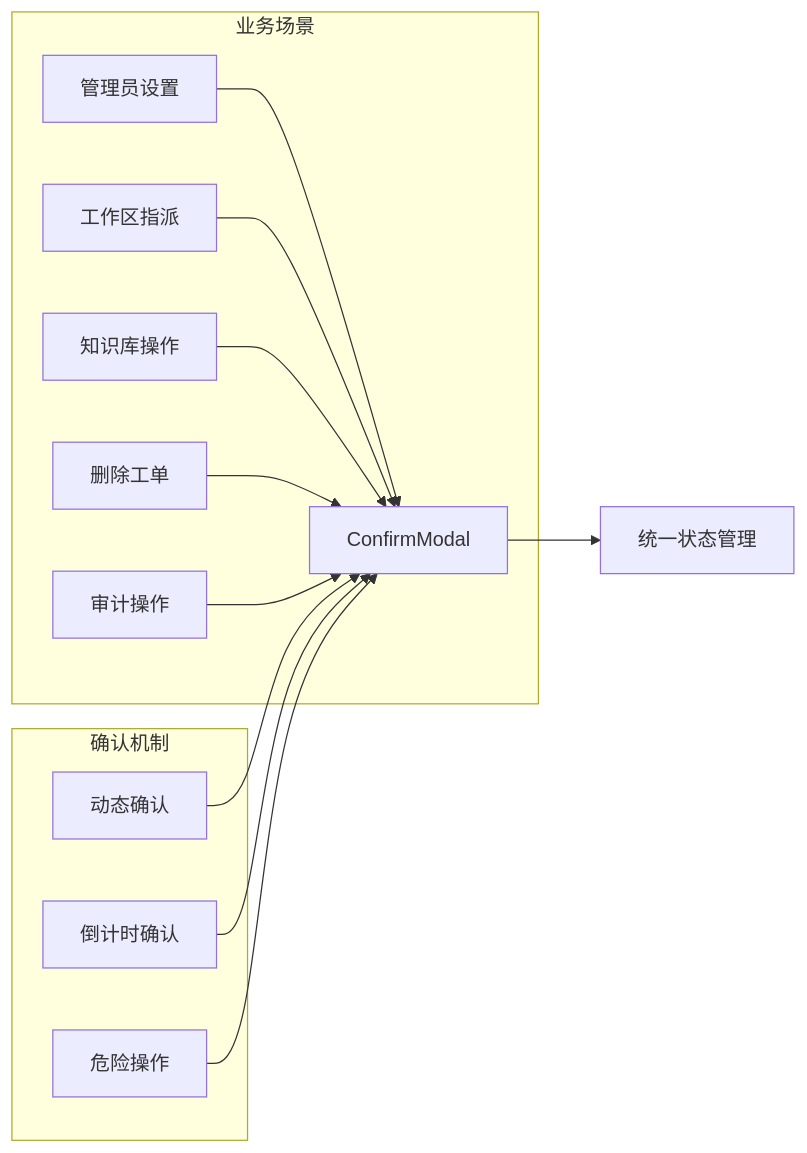
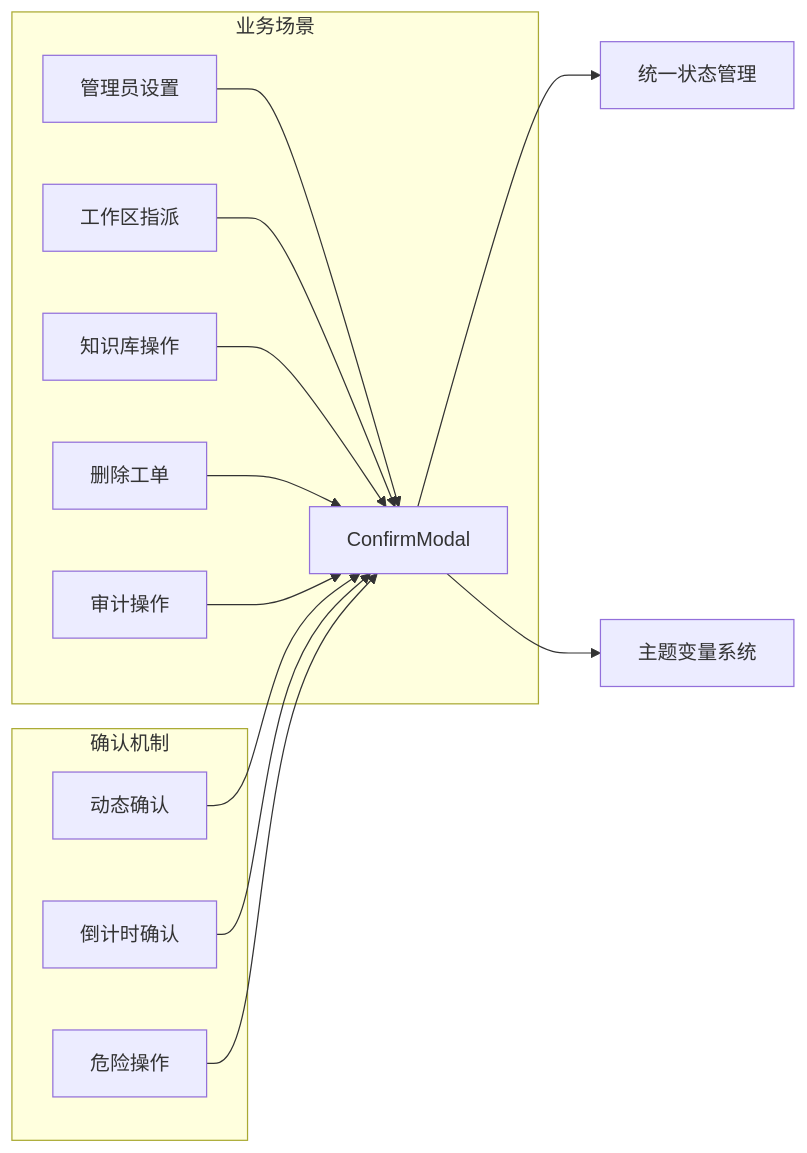
Before and after one commit to CubeEdge/Longhorn: the fourth of 6 diagrams in .qoder/repowiki/zh/content/Confirm Modal Enhancements.md, drawn with Mermaid. The commit also changed other lines of this file and 118 other files, not shown here.

````diff
--- a/.qoder/repowiki/zh/content/Confirm Modal Enhancements.md
+++ b/.qoder/repowiki/zh/content/Confirm Modal Enhancements.md
@@ -204,16 +221,17 @@
 ```mermaid
 graph LR
 subgraph "业务场景"
 AS[管理员设置] --> CM[ConfirmModal]
 WS[工作区指派] --> CM
 KW[知识库操作] --> CM
 DT[删除工单] --> CM
 AR[审计操作] --> CM
 end
 subgraph "确认机制"
 DC[动态确认] --> CM
 CT[倒计时确认] --> CM
 WC[危险操作] --> CM
 end
 CM --> UC[统一状态管理]
+CM --> THEME[主题变量系统]
 ```
````
